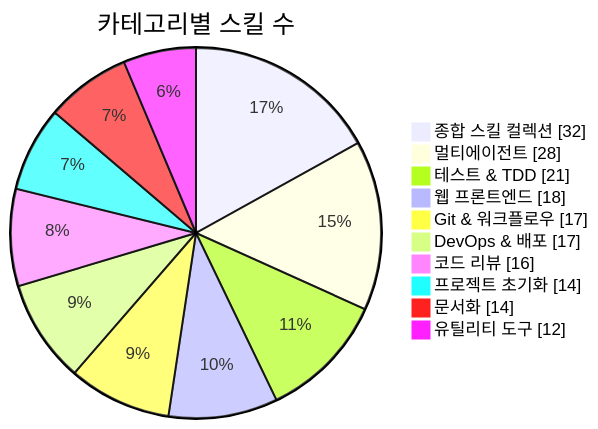
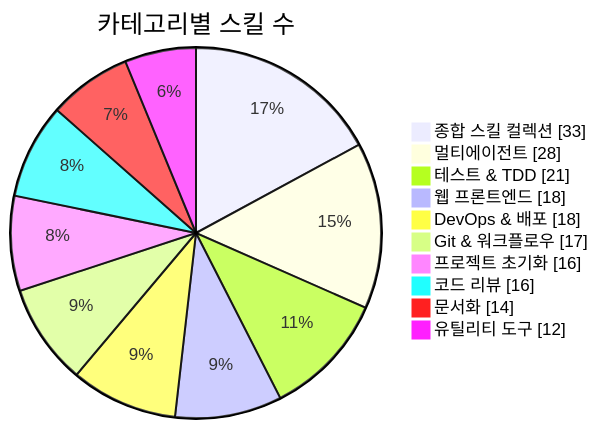
Before and after one commit to J-nowcow/awesome-korean-agent-skills: the first of 3 diagrams in README.md, drawn with Mermaid. The commit also changed other lines of this file and 6 other files, not shown here.

````diff
--- a/README.md
+++ b/README.md
@@ -176,14 +176,14 @@
 ```mermaid
 pie showData
     title 카테고리별 스킬 수
-    "종합 스킬 컬렉션" : 32
+    "종합 스킬 컬렉션" : 33
     "멀티에이전트" : 28
     "테스트 & TDD" : 21
     "웹 프론트엔드" : 18
+    "DevOps & 배포" : 18
     "Git & 워크플로우" : 17
-    "DevOps & 배포" : 17
+    "프로젝트 초기화" : 16
     "코드 리뷰" : 16
-    "프로젝트 초기화" : 14
     "문서화" : 14
     "유틸리티 도구" : 12
 ```
````
